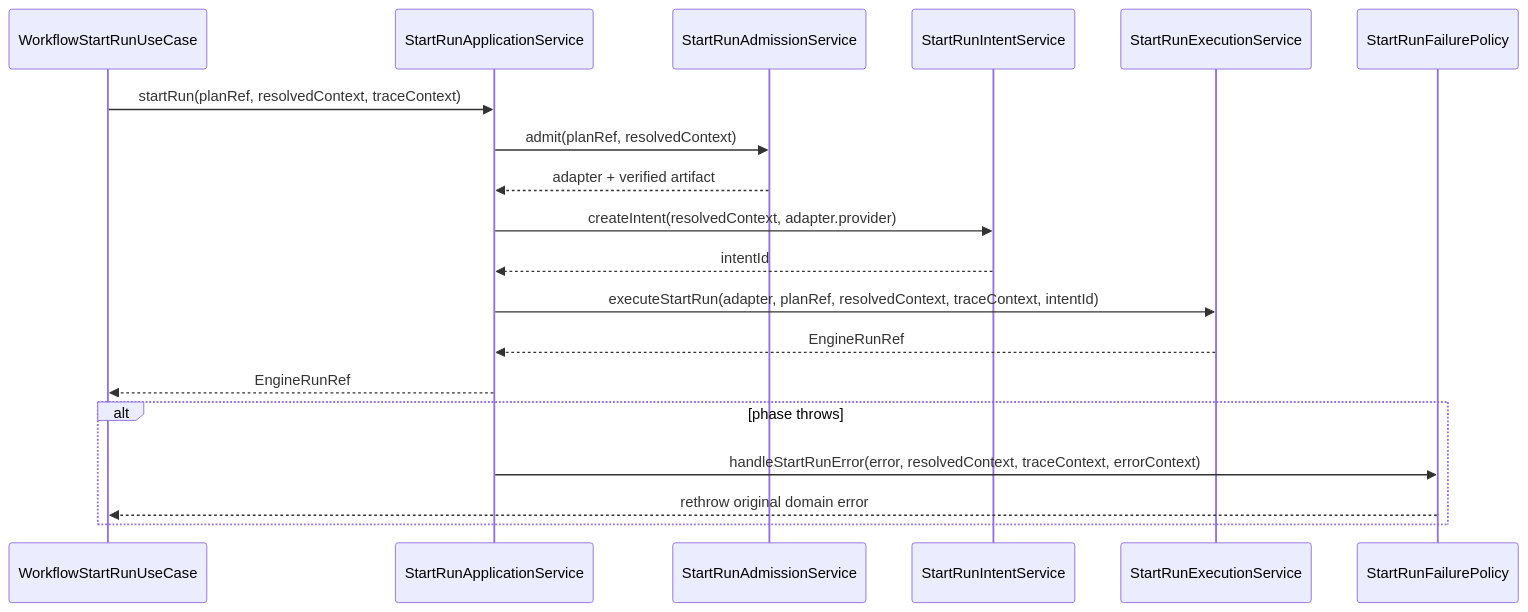
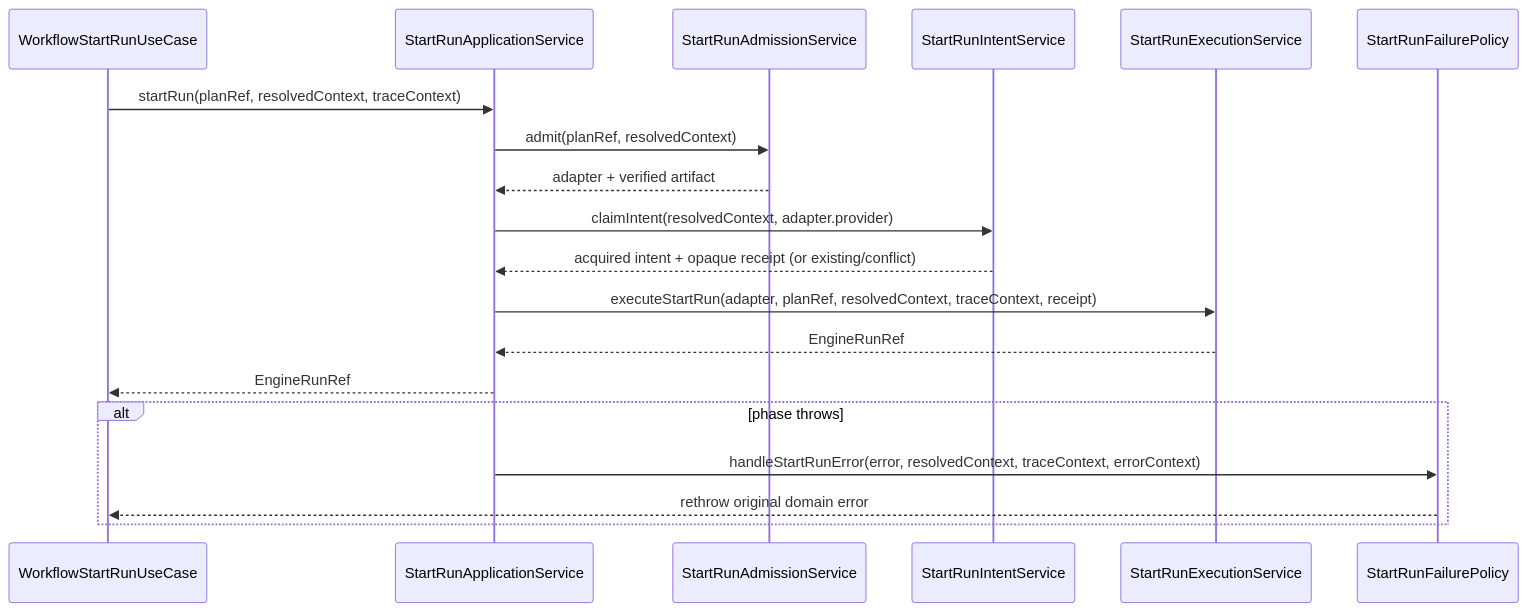
The second of 3 diagrams in docs/architecture/components/engine/architecture/start-run-application-decomposition-component.md (dunay2/dvt), drawn with Mermaid before and after one commit. The commit also changed other lines of this file and 106 other files, not shown here.

````diff
--- a/docs/architecture/components/engine/architecture/start-run-application-decomposition-component.md
+++ b/docs/architecture/components/engine/architecture/start-run-application-decomposition-component.md
@@ -111,23 +116,23 @@
 ```mermaid
 sequenceDiagram
   participant UseCase as WorkflowStartRunUseCase
   participant App as StartRunApplicationService
   participant Admission as StartRunAdmissionService
   participant Intent as StartRunIntentService
   participant Exec as StartRunExecutionService
   participant Failure as StartRunFailurePolicy
 
   UseCase->>App: startRun(planRef, resolvedContext, traceContext)
   App->>Admission: admit(planRef, resolvedContext)
   Admission-->>App: adapter + verified artifact
-  App->>Intent: createIntent(resolvedContext, adapter.provider)
-  Intent-->>App: intentId
-  App->>Exec: executeStartRun(adapter, planRef, resolvedContext, traceContext, intentId)
+  App->>Intent: claimIntent(resolvedContext, adapter.provider)
+  Intent-->>App: acquired intent + opaque receipt (or existing/conflict)
+  App->>Exec: executeStartRun(adapter, planRef, resolvedContext, traceContext, receipt)
   Exec-->>App: EngineRunRef
   App-->>UseCase: EngineRunRef
 
   alt phase throws
     App->>Failure: handleStartRunError(error, resolvedContext, traceContext, errorContext)
     Failure-->>UseCase: rethrow original domain error
   end
 ```
````
